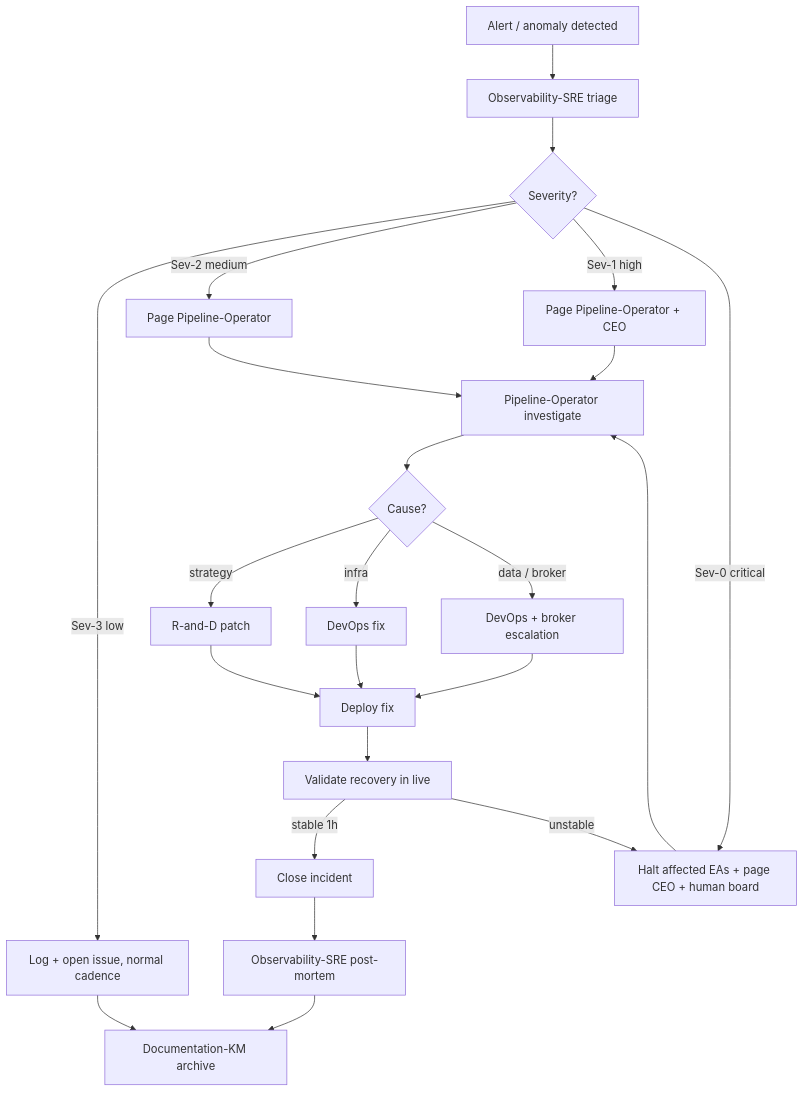
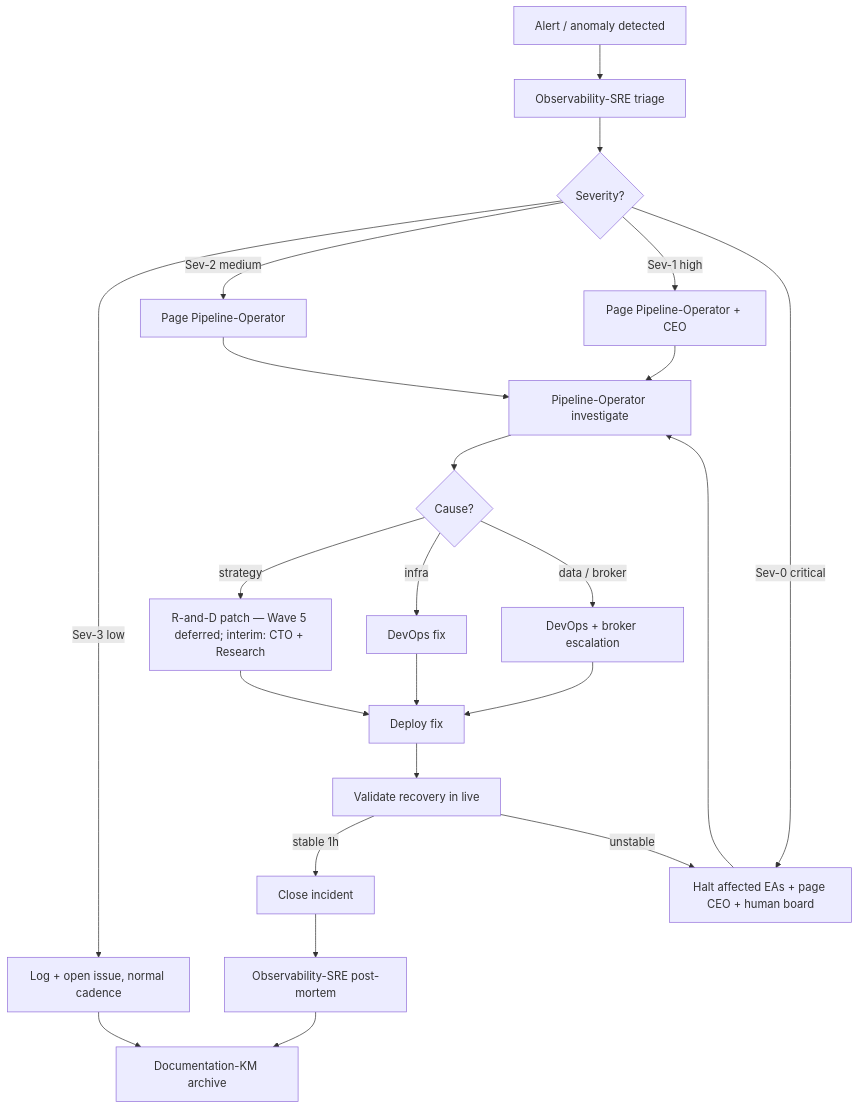
The diagram in processes/04-incident-response.md (QuantMechanica/VPS-PortfolioBuild), drawn with Mermaid before and after one commit. The commit also changed other lines of this file and 8 other files, not shown here.

````diff
--- a/processes/04-incident-response.md
+++ b/processes/04-incident-response.md
@@ -27,25 +29,25 @@
 ```mermaid
 flowchart TD
     A[Alert / anomaly detected] --> B[Observability-SRE triage]
     B --> C{Severity?}
     C -- Sev-3 low --> D[Log + open issue, normal cadence]
     C -- Sev-2 medium --> E[Page Pipeline-Operator]
     C -- Sev-1 high --> F[Page Pipeline-Operator + CEO]
     C -- Sev-0 critical --> G[Halt affected EAs + page CEO + human board]
     E --> H[Pipeline-Operator investigate]
     F --> H
     G --> H
     H --> I{Cause?}
-    I -- strategy --> J[R-and-D patch]
+    I -- strategy --> J[R-and-D patch — Wave 5 deferred; interim: CTO + Research]
     I -- infra --> K[DevOps fix]
     I -- data / broker --> L[DevOps + broker escalation]
     J --> M[Deploy fix]
     K --> M
     L --> M
     M --> N[Validate recovery in live]
     N -- stable 1h --> O[Close incident]
     N -- unstable --> G
     O --> P[Observability-SRE post-mortem]
     P --> Q[Documentation-KM archive]
     D --> Q
 ```
````
